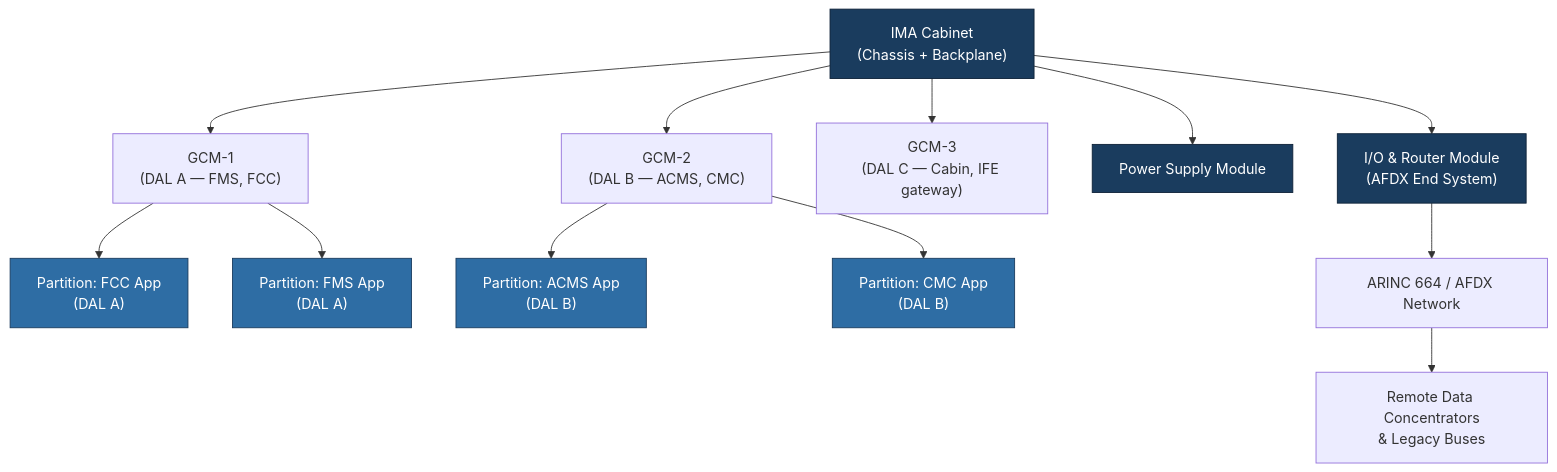
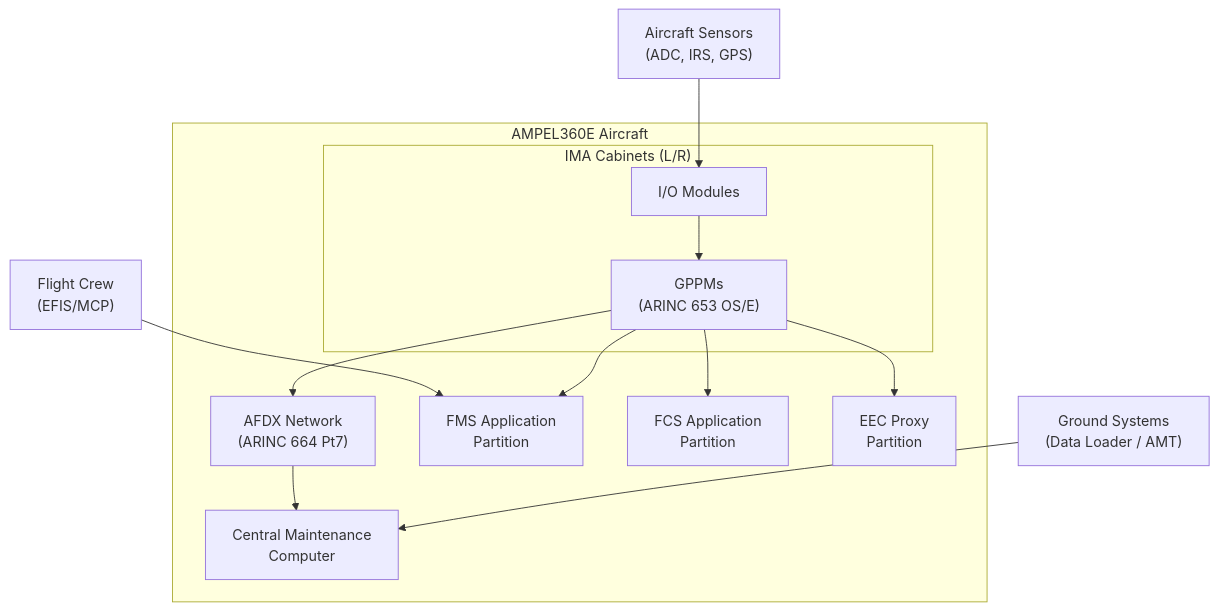
The first of 3 diagrams in Q+ATLANTIDE/000-099_ATLAS/040-049_Avionica-Informacion-y-APU/040_Multisystem/040-010-Integrated-Modular-Avionics-IMA.md (AmedeoPelliccia/Qplus-For-All-Queer-People-and-Quantum), drawn with Mermaid before and after one commit. The commit also changed other lines of this file and 6 other files, not shown here.

````diff
--- a/Q+ATLANTIDE/000-099_ATLAS/040-049_Avionica-Informacion-y-APU/040_Multisystem/040-010-Integrated-Modular-Avionics-IMA.md
+++ b/Q+ATLANTIDE/000-099_ATLAS/040-049_Avionica-Informacion-y-APU/040_Multisystem/040-010-Integrated-Modular-Avionics-IMA.md
@@ -67,22 +142,23 @@
 ```mermaid
-flowchart TD
-    CAB["IMA Cabinet\n(Chassis + Backplane)"]
-    CAB --> GCM1["GCM-1\n(DAL A — FMS, FCC)"]
-    CAB --> GCM2["GCM-2\n(DAL B — ACMS, CMC)"]
-    CAB --> GCM3["GCM-3\n(DAL C — Cabin, IFE gateway)"]
-    CAB --> PSU["Power Supply Module"]
-    CAB --> IORM["I/O & Router Module\n(AFDX End System)"]
+graph TB
+    subgraph Aircraft["AMPEL360E Aircraft"]
+        subgraph IMA_CAB["IMA Cabinets (L/R)"]
+            GPPM["GPPMs\n(ARINC 653 OS/E)"]
+            IOM["I/O Modules"]
+        end
+        AFDX["AFDX Network\n(ARINC 664 Pt7)"]
+        FMS["FMS Application\nPartition"]
+        FCS["FCS Application\nPartition"]
+        EEC["EEC Proxy\nPartition"]
+        CMC["Central Maintenance\nComputer"]
+    end
+    Pilot["Flight Crew\n(EFIS/MCP)"]
+    GND["Ground Systems\n(Data Loader / AMT)"]
+    Sensor["Aircraft Sensors\n(ADC, IRS, GPS)"]
 
-    GCM1 --> P1["Partition: FCC App\n(DAL A)"]
-    GCM1 --> P2["Partition: FMS App\n(DAL A)"]
-    GCM2 --> P3["Partition: ACMS App\n(DAL B)"]
-    GCM2 --> P4["Partition: CMC App\n(DAL B)"]
-
-    IORM --> AFDX["ARINC 664 / AFDX Network"]
-    AFDX --> REMOTE["Remote Data Concentrators\n& Legacy Buses"]
-
-    classDef module fill:#1a3c5e,color:#fff,stroke:#0d2137
-    classDef partition fill:#2e6da4,color:#fff,stroke:#1a3c5e
-    class CAB,PSU,IORM module
-    class P1,P2,P3,P4 partition
+    Pilot --> FMS
+    Sensor --> IOM --> GPPM
+    GPPM --> AFDX --> CMC
+    GPPM --> FMS & FCS & EEC
+    GND --> CMC
 ```
````
